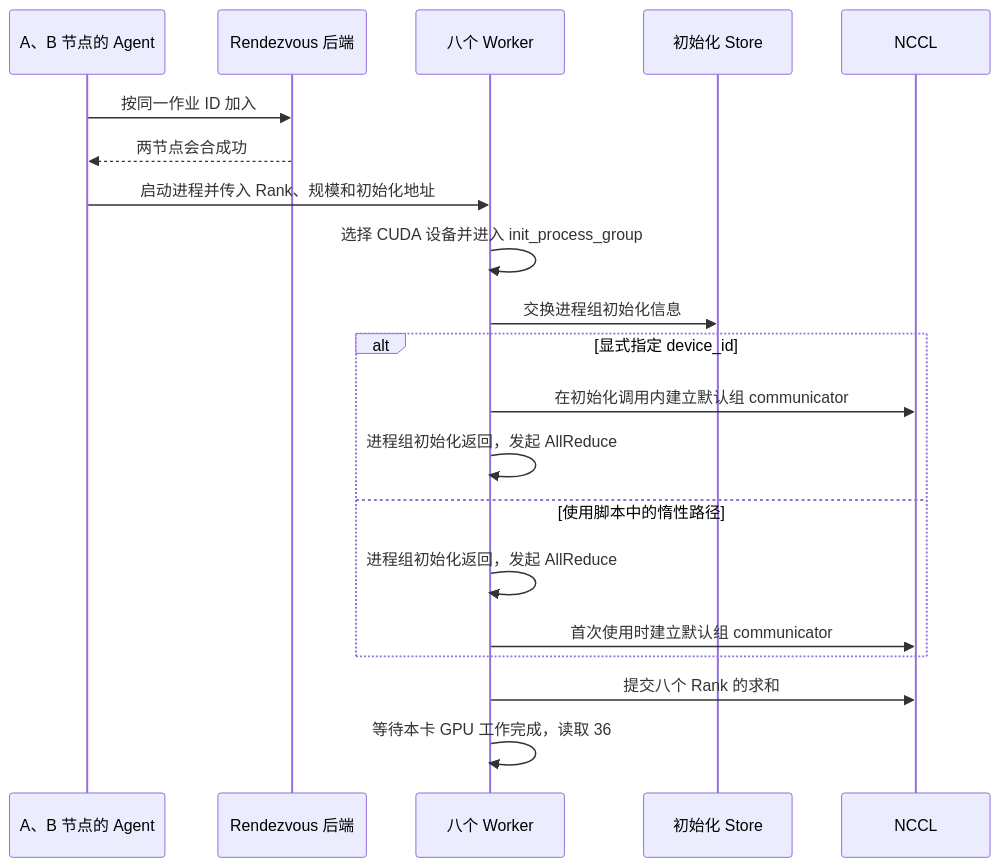
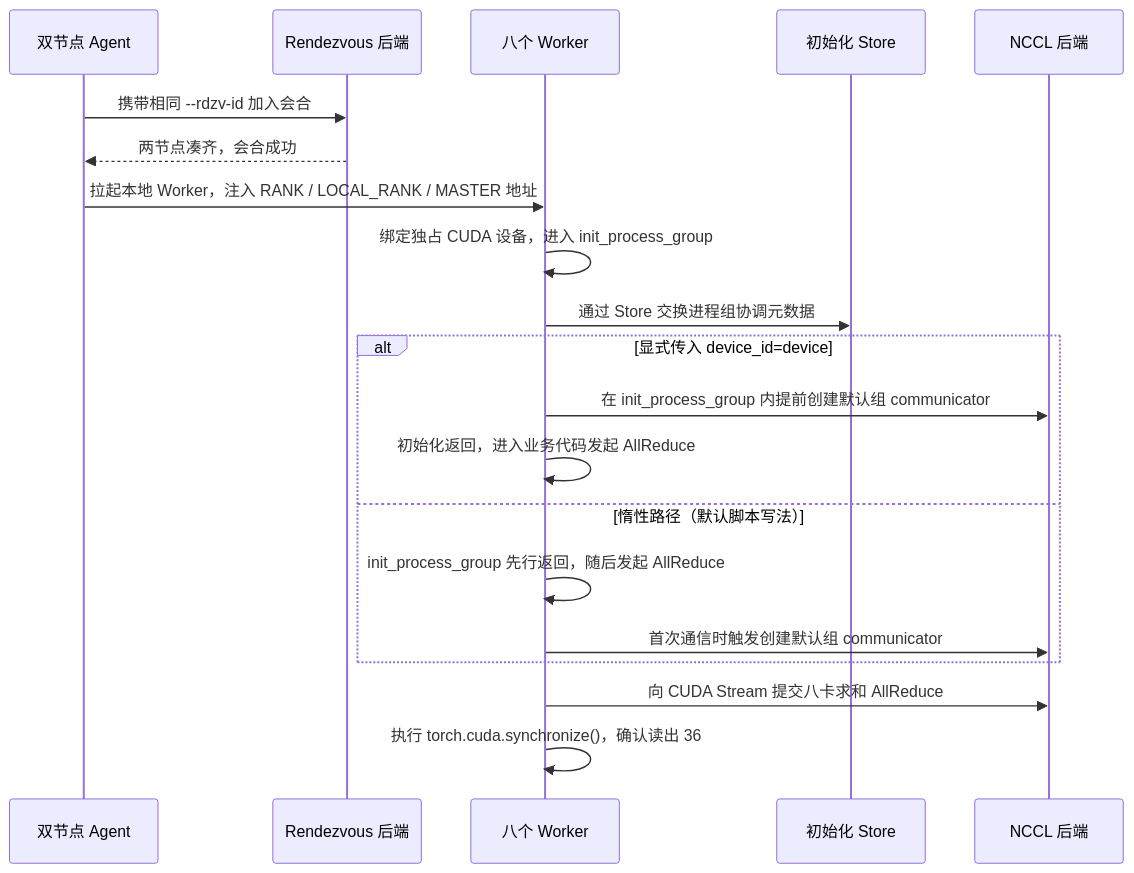
One commit to realtyz/ops-manual changed the diagram in AI-Infra/05_为什么一个作业需要多张GPU/04_torchrun 会合、进程组与首次 AllReduce.md. Above: the diagram before and after it, drawn with Mermaid. The commit also changed other lines of this file and 194 other files, not shown here.

````diff
--- a/AI-Infra/05_为什么一个作业需要多张GPU/04_torchrun 会合、进程组与首次 AllReduce.md
+++ b/AI-Infra/05_为什么一个作业需要多张GPU/04_torchrun 会合、进程组与首次 AllReduce.md
@@ -54,22 +84,25 @@
 ```mermaid
 sequenceDiagram
-    participant A as A、B 节点的 Agent
+    accDescr: 双节点八卡作业从 torchrun Agent 会合到首次 AllReduce 完成的完整时序图：两侧 Agent 按相同作业 ID 在 Rendezvous 后端会合后拉起 8 个 Worker，Worker 选卡并经 Store 初始化进程组，随后按显式 device_id（提前建立）或惰性路径（首次调用时建立）创建 NCCL communicator，最终提交求和并在 GPU 同步后确认结果 36。
+
+    participant A as 双节点 Agent
     participant R as Rendezvous 后端
     participant W as 八个 Worker
     participant S as 初始化 Store
-    participant N as NCCL
-    A->>R: 按同一作业 ID 加入
-    R-->>A: 两节点会合成功
-    A->>W: 启动进程并传入 Rank、规模和初始化地址
-    W->>W: 选择 CUDA 设备并进入 init_process_group
-    W->>S: 交换进程组初始化信息
-    alt 显式指定 device_id
-        W->>N: 在初始化调用内建立默认组 communicator
-        W->>W: 进程组初始化返回，发起 AllReduce
-    else 使用脚本中的惰性路径
-        W->>W: 进程组初始化返回，发起 AllReduce
-        W->>N: 首次使用时建立默认组 communicator
+    participant N as NCCL 后端
+
+    A->>R: 携带相同 --rdzv-id 加入会合
+    R-->>A: 两节点凑齐，会合成功
+    A->>W: 拉起本地 Worker，注入 RANK / LOCAL_RANK / MASTER 地址
+    W->>W: 绑定独占 CUDA 设备，进入 init_process_group
+    W->>S: 通过 Store 交换进程组协调元数据
+    alt 显式传入 device_id=device
+        W->>N: 在 init_process_group 内提前创建默认组 communicator
+        W->>W: 初始化返回，进入业务代码发起 AllReduce
+    else 惰性路径（默认脚本写法）
+        W->>W: init_process_group 先行返回，随后发起 AllReduce
+        W->>N: 首次通信时触发创建默认组 communicator
     end
-    W->>N: 提交八个 Rank 的求和
-    W->>W: 等待本卡 GPU 工作完成，读取 36
+    W->>N: 向 CUDA Stream 提交八卡求和 AllReduce
+    W->>W: 执行 torch.cuda.synchronize()，确认读出 36
 ```
````
